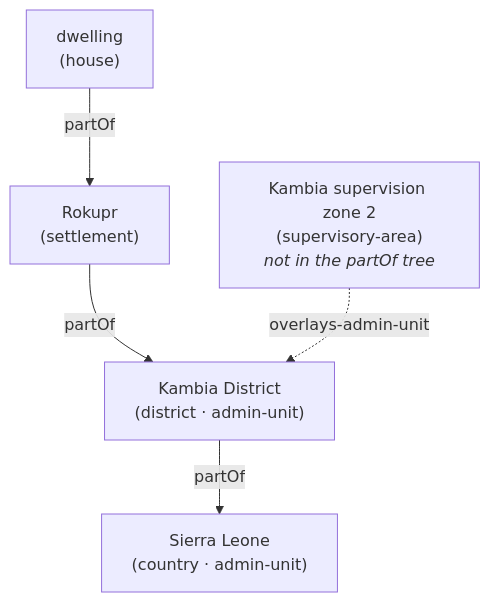
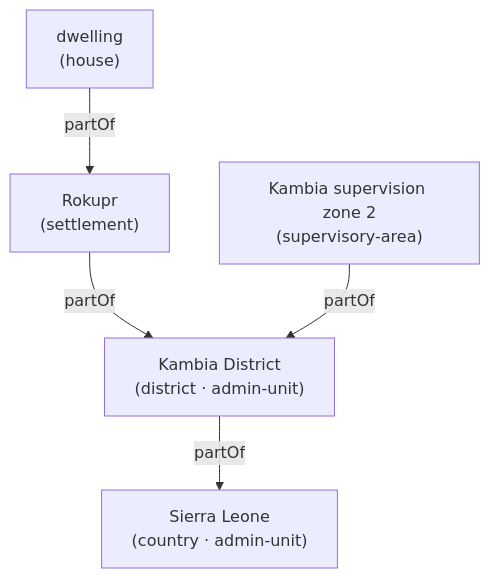
Before and after one commit to recodelabs/icr: the third of 4 diagrams in project/ig-summary-v2.md, drawn with Mermaid. The commit also changed other lines of this file, not shown here.

First line of the commit message:
ig-summary-v2: reflect overlays-admin-unit removal (single tree, typed nodes)

````diff
--- a/project/ig-summary-v2.md
+++ b/project/ig-summary-v2.md
@@ -1309,12 +1311,12 @@
 ```mermaid
 graph TD
     C["Sierra Leone<br/>(country · admin-unit)"]
     D["Kambia District<br/>(district · admin-unit)"]
     S["Rokupr<br/>(settlement)"]
     H["dwelling<br/>(house)"]
-    Z["Kambia supervision zone 2<br/>(supervisory-area)<br/><i>not in the partOf tree</i>"]
+    Z["Kambia supervision zone 2<br/>(supervisory-area)"]
     D -- "partOf" --> C
     S -- "partOf" --> D
     H -- "partOf" --> S
-    Z -. "overlays-admin-unit" .-> D
+    Z -- "partOf" --> D
 ```
````
